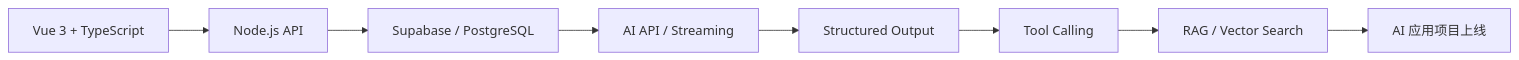
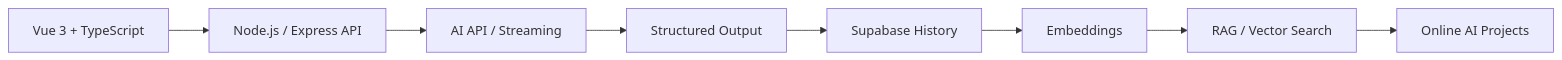
The diagram in README.md (huazhounb/huazhounb), drawn with Mermaid before and after one commit. The commit also changed other lines of this file, not shown here.

````diff
--- a/README.md
+++ b/README.md
@@ -106,10 +108,10 @@
 ```mermaid
 flowchart LR
-  A["Vue 3 + TypeScript"] --> B["Node.js API"]
-  B --> C["Supabase / PostgreSQL"]
-  C --> D["AI API / Streaming"]
-  D --> E["Structured Output"]
-  E --> F["Tool Calling"]
+  A["Vue 3 + TypeScript"] --> B["Node.js / Express API"]
+  B --> C["AI API / Streaming"]
+  C --> D["Structured Output"]
+  D --> E["Supabase History"]
+  E --> F["Embeddings"]
   F --> G["RAG / Vector Search"]
-  G --> H["AI 应用项目上线"]
+  G --> H["Online AI Projects"]
 ```
````
